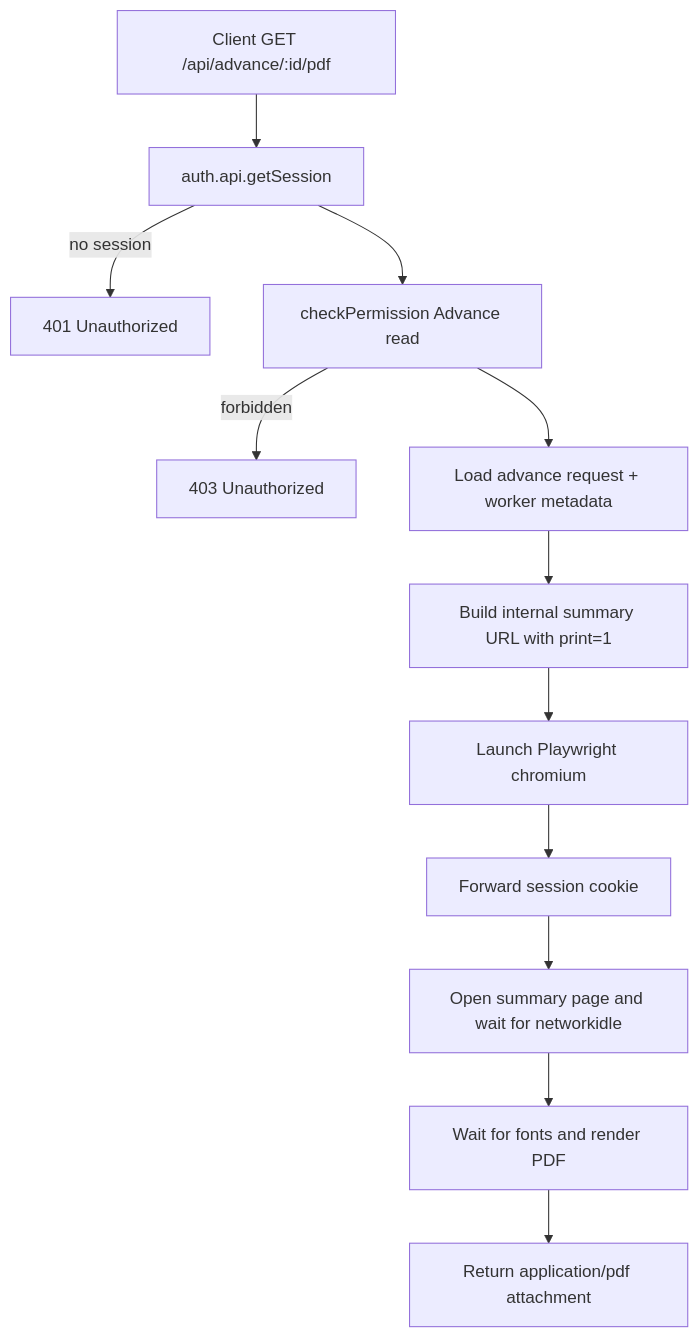
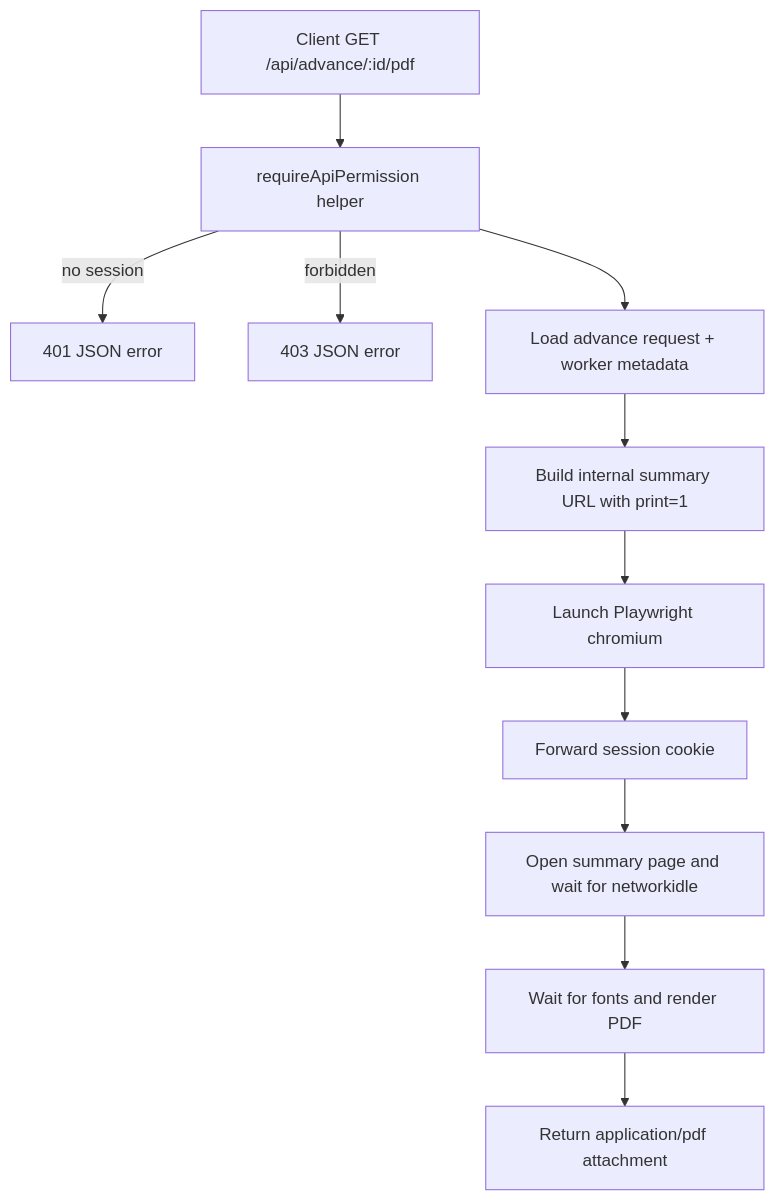
Before and after one commit to daniellim922/One-Laundry-Project-Alpha-v1: the second of 11 diagrams in .codex/docs/api-workflows.md, drawn with Mermaid. The commit also changed other lines of this file and 8 other files, not shown here.

````diff
--- a/.codex/docs/api-workflows.md
+++ b/.codex/docs/api-workflows.md
@@ -32,14 +32,13 @@
 ```mermaid
 flowchart TD
-    A[Client GET /api/advance/:id/pdf] --> B[auth.api.getSession]
-    B -->|no session| C[401 Unauthorized]
-    B --> D[checkPermission Advance read]
-    D -->|forbidden| E[403 Unauthorized]
-    D --> F[Load advance request + worker metadata]
-    F --> G[Build internal summary URL with print=1]
-    G --> H[Launch Playwright chromium]
-    H --> I[Forward session cookie]
-    I --> J[Open summary page and wait for networkidle]
-    J --> K[Wait for fonts and render PDF]
-    K --> L[Return application/pdf attachment]
+    A[Client GET /api/advance/:id/pdf] --> B[requireApiPermission helper]
+    B -->|no session| C[401 JSON error]
+    B -->|forbidden| D[403 JSON error]
+    B --> E[Load advance request + worker metadata]
+    E --> F[Build internal summary URL with print=1]
+    F --> G[Launch Playwright chromium]
+    G --> H[Forward session cookie]
+    H --> I[Open summary page and wait for networkidle]
+    I --> J[Wait for fonts and render PDF]
+    J --> K[Return application/pdf attachment]
 ```
````
